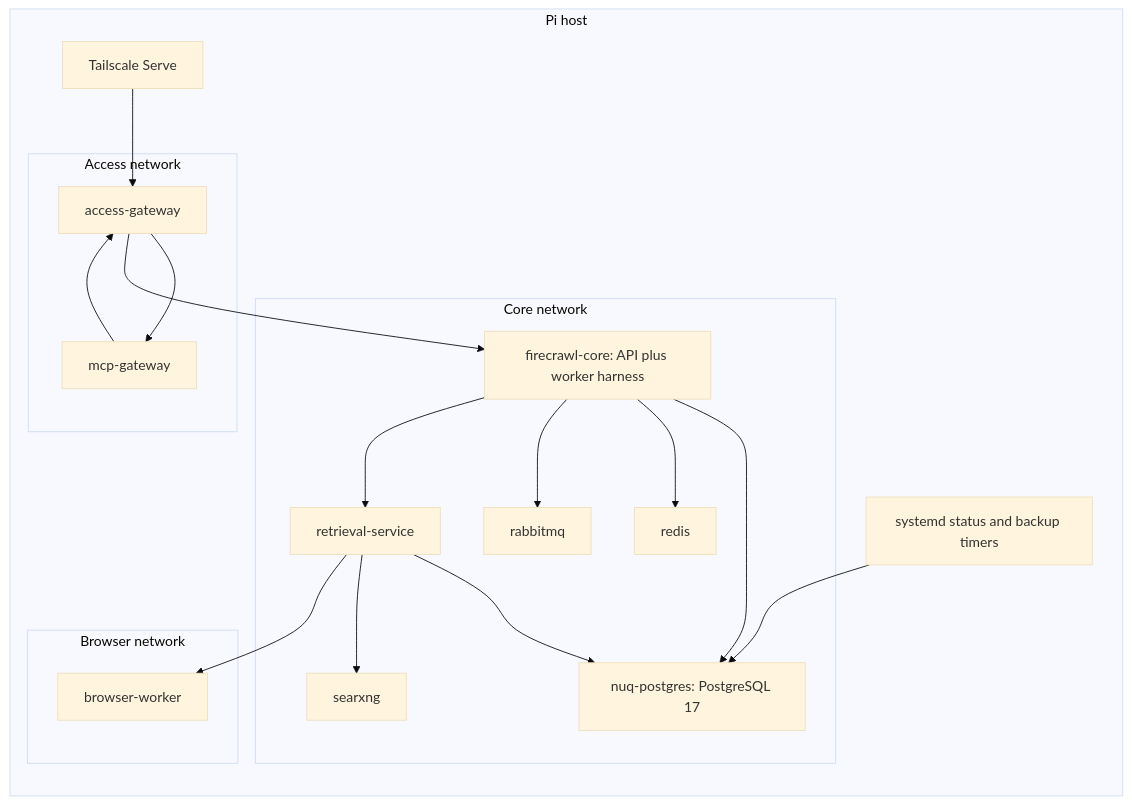
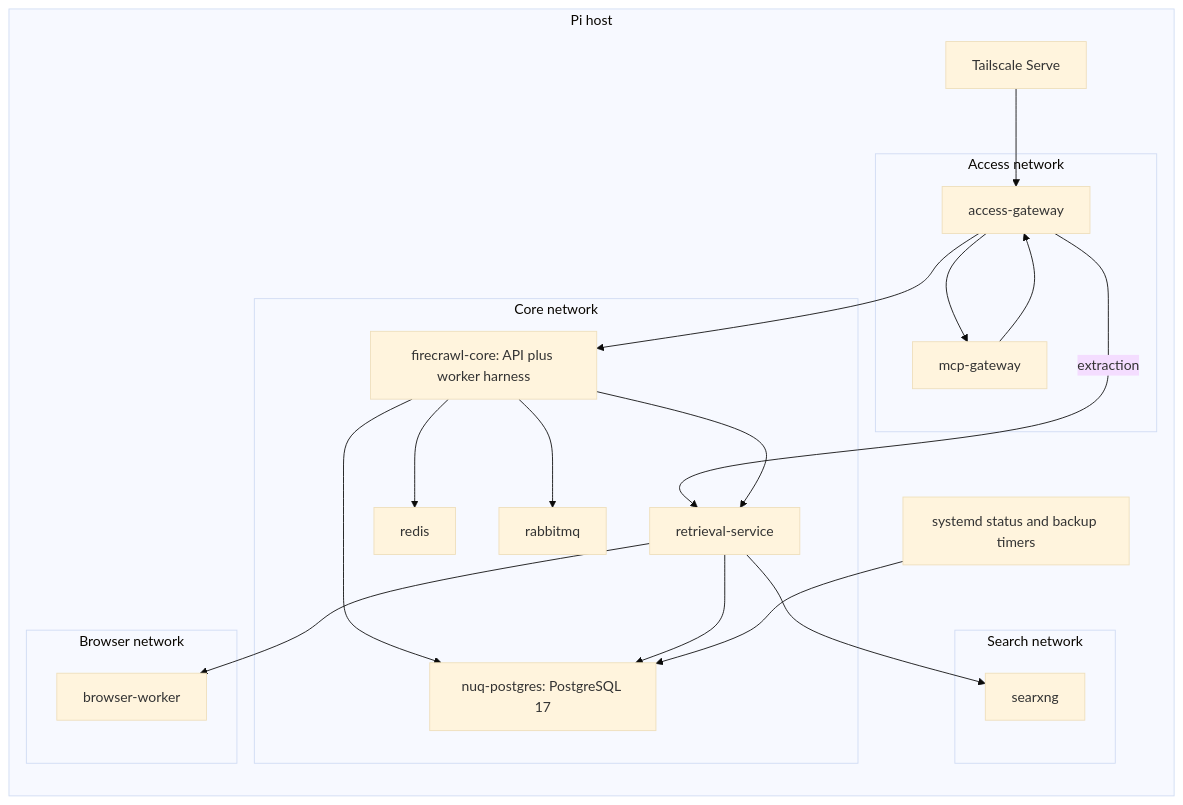
The second of 8 diagrams in docs/FIRECRAWL_PI_SPEC.md (scalinity/Firecrawl-Pi), drawn with Mermaid (base theme) before and after one commit. The commit also changed other lines of this file and 2 other files, not shown here.

First line of the commit message:
docs(spec): make extraction a project-owned adapter and state M5's search path

````diff
--- a/docs/FIRECRAWL_PI_SPEC.md
+++ b/docs/FIRECRAWL_PI_SPEC.md
@@ -218,34 +219,37 @@
 ```mermaid
 flowchart LR
     subgraph Host[Pi host]
       TS[Tailscale Serve]
       ST[systemd status and backup timers]
       subgraph Access[Access network]
         GW[access-gateway]
         MCP[mcp-gateway]
       end
       subgraph Core[Core network]
         FC[firecrawl-core: API plus worker harness]
         PG[nuq-postgres: PostgreSQL 17]
         RD[redis]
         MQ[rabbitmq]
         RS[retrieval-service]
+      end
+      subgraph Search[Search network]
         SX[searxng]
       end
       subgraph Browser[Browser network]
         BW[browser-worker]
       end
       TS --> GW
       GW --> MCP
       GW --> FC
+      GW -->|extraction| RS
       MCP --> GW
       FC --> PG
       FC --> RD
       FC --> MQ
       FC --> RS
       RS --> PG
       RS --> SX
       RS --> BW
       ST --> PG
     end
 ```
````
